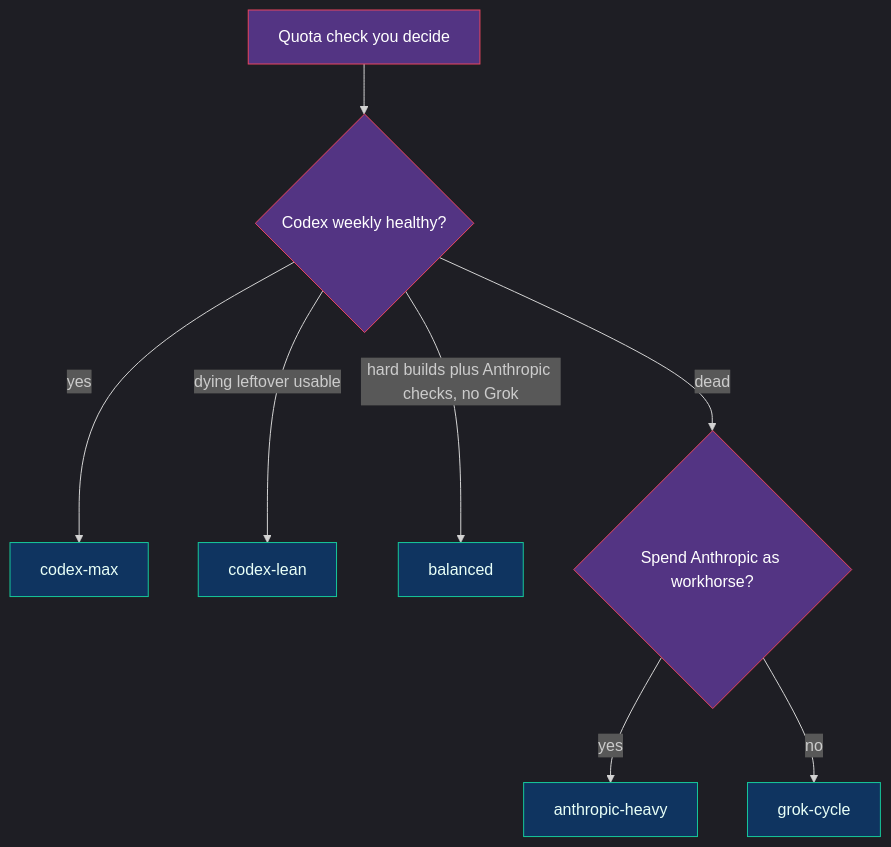
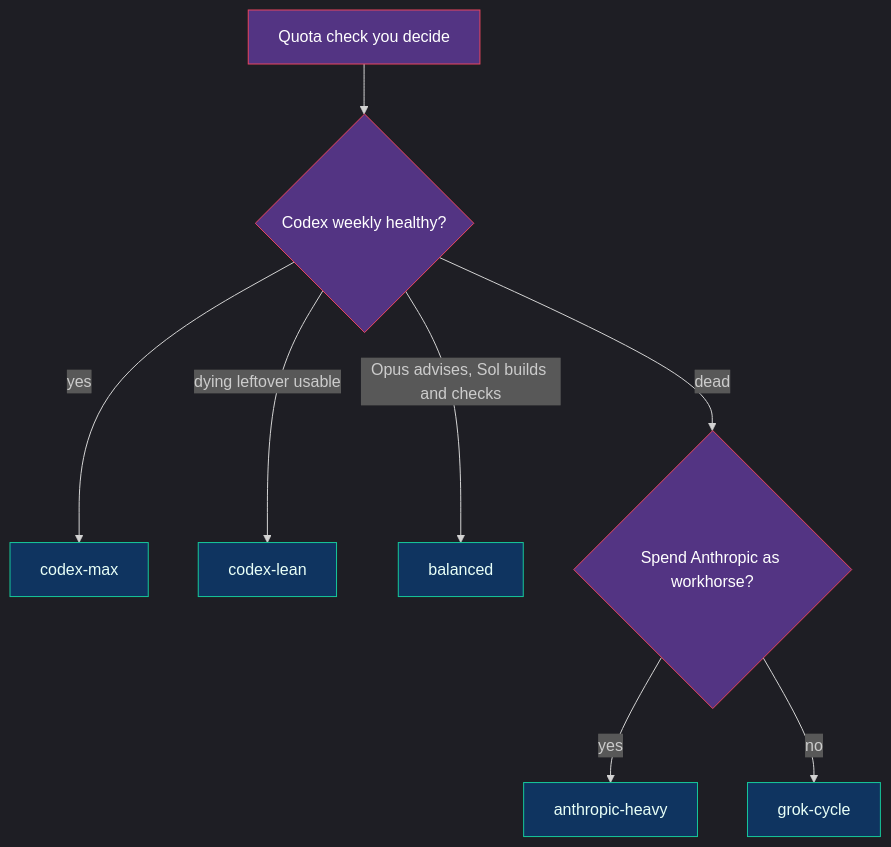
The second of 2 diagrams in docs/intelligence-profiles.md (nourhelmi/pi-meta-harness), drawn with Mermaid before and after one commit. The commit also changed other lines of this file and 10 other files, not shown here.

````diff
--- a/docs/intelligence-profiles.md
+++ b/docs/intelligence-profiles.md
@@ -144,19 +143,19 @@
 ```mermaid
 ---
 config:
   theme: dark
 ---
 flowchart TD
   Start[Quota check you decide] --> CodexQ{Codex weekly healthy?}
   CodexQ -->|yes| UseCM[codex-max]
   CodexQ -->|dying leftover usable| UseCL[codex-lean]
-  CodexQ -->|hard builds plus Anthropic checks, no Grok| UseBA[balanced]
+  CodexQ -->|Opus advises, Sol builds and checks| UseBA[balanced]
   CodexQ -->|dead| AnthQ{Spend Anthropic as workhorse?}
   AnthQ -->|yes| UseAH[anthropic-heavy]
   AnthQ -->|no| UseGC[grok-cycle]
 
   classDef q fill:#533483,stroke:#e94560,color:#fff
   classDef pick fill:#0f3460,stroke:#16c79a,color:#e8fff7
   class Start,CodexQ,AnthQ q
   class UseCM,UseCL,UseBA,UseAH,UseGC pick
 ```
````
